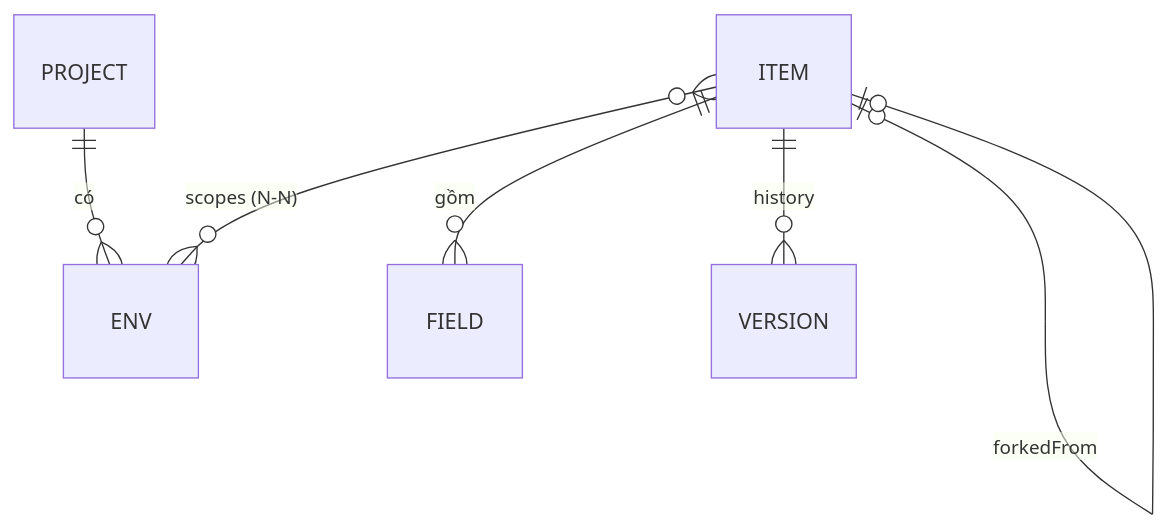
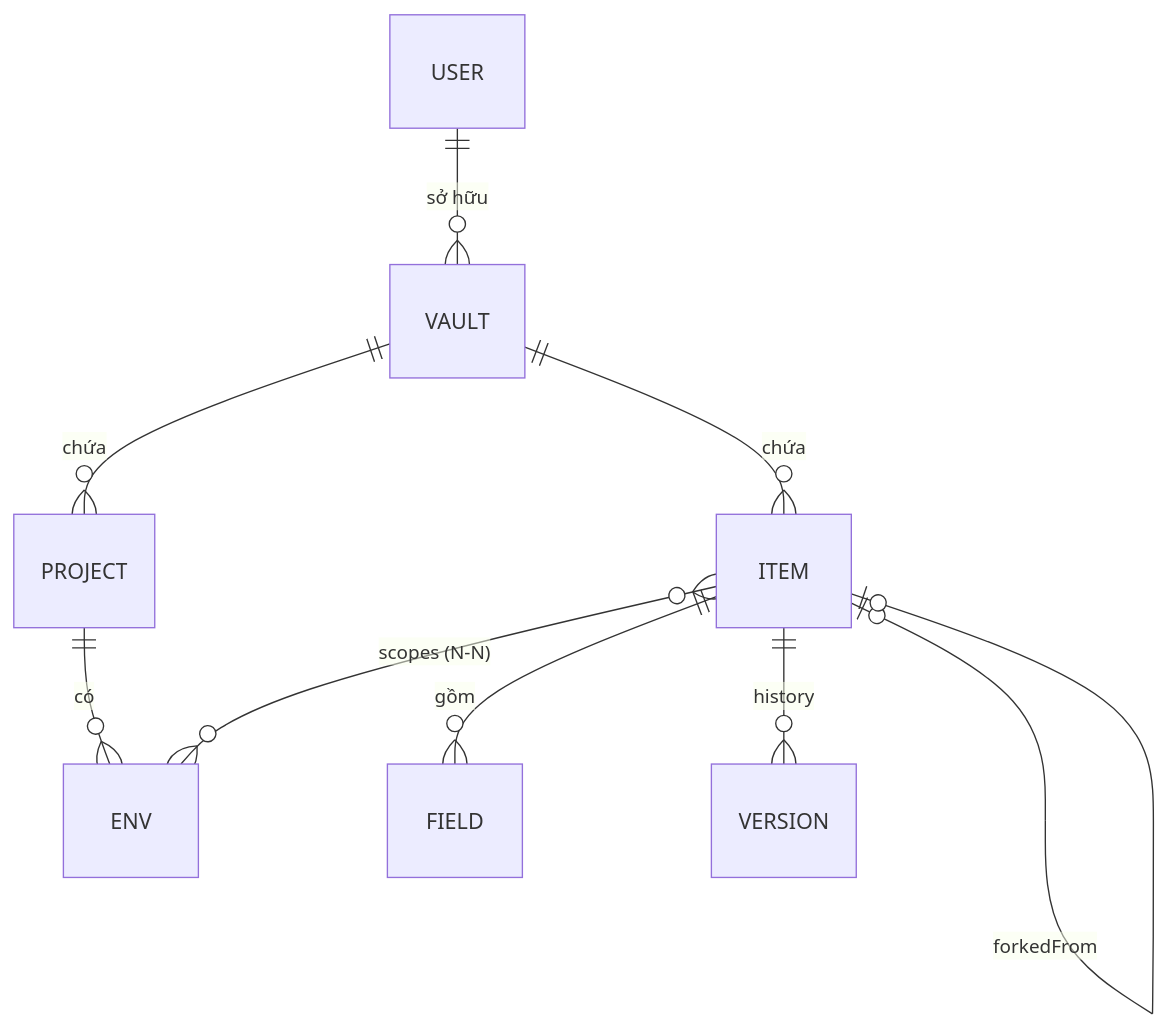
One commit to delete101020/keymesh changed the diagram in docs/03-data-model.md. Above: the diagram before and after it, drawn with Mermaid. The commit also changed other lines of this file and 8 other files, not shown here.

````diff
--- a/docs/03-data-model.md
+++ b/docs/03-data-model.md
@@ -15,8 +17,11 @@
 ```mermaid
 erDiagram
+  USER ||--o{ VAULT : "sở hữu"
+  VAULT ||--o{ PROJECT : "chứa"
+  VAULT ||--o{ ITEM : "chứa"
   PROJECT ||--o{ ENV : "có"
   ITEM }o--o{ ENV : "scopes (N-N)"
   ITEM ||--o{ FIELD : "gồm"
   ITEM ||--o{ VERSION : "history"
   ITEM |o--o| ITEM : "forkedFrom"
 ```
````
